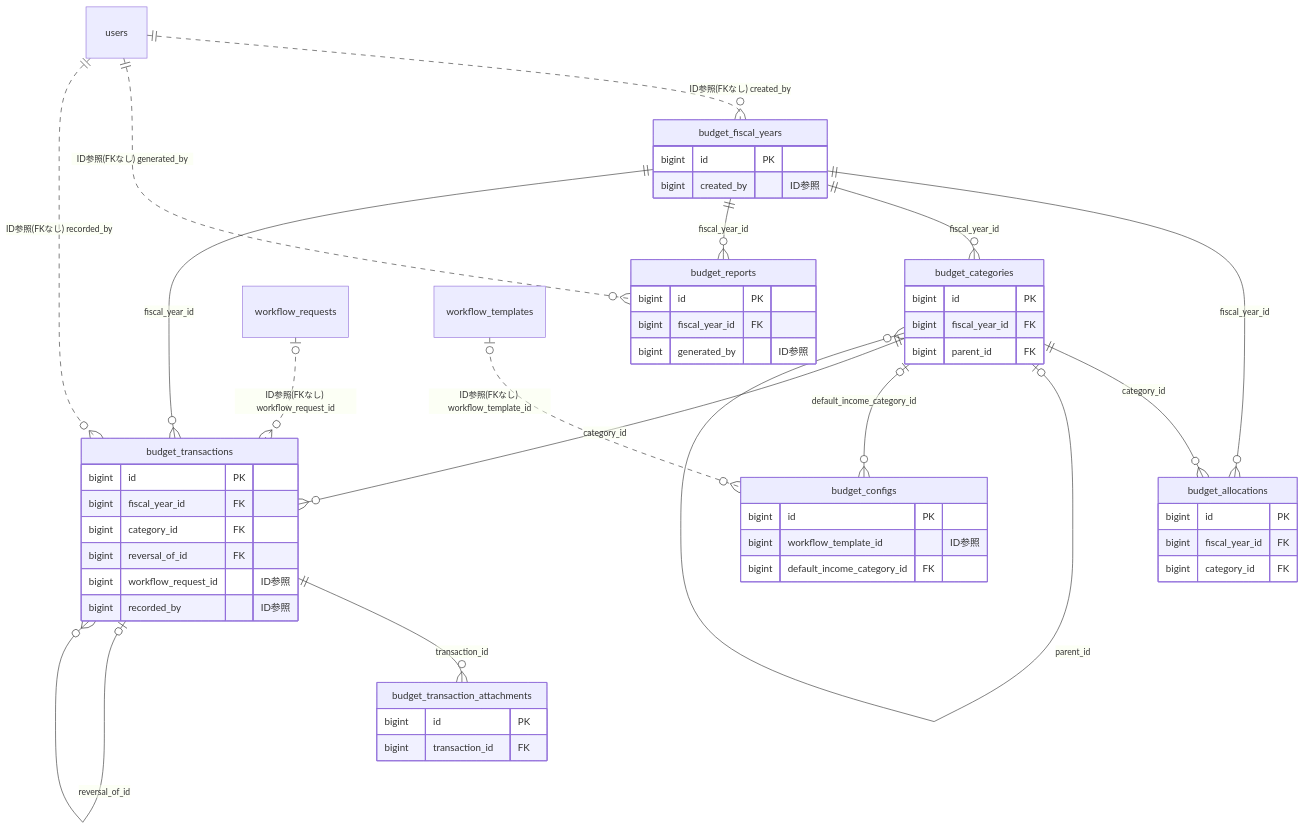
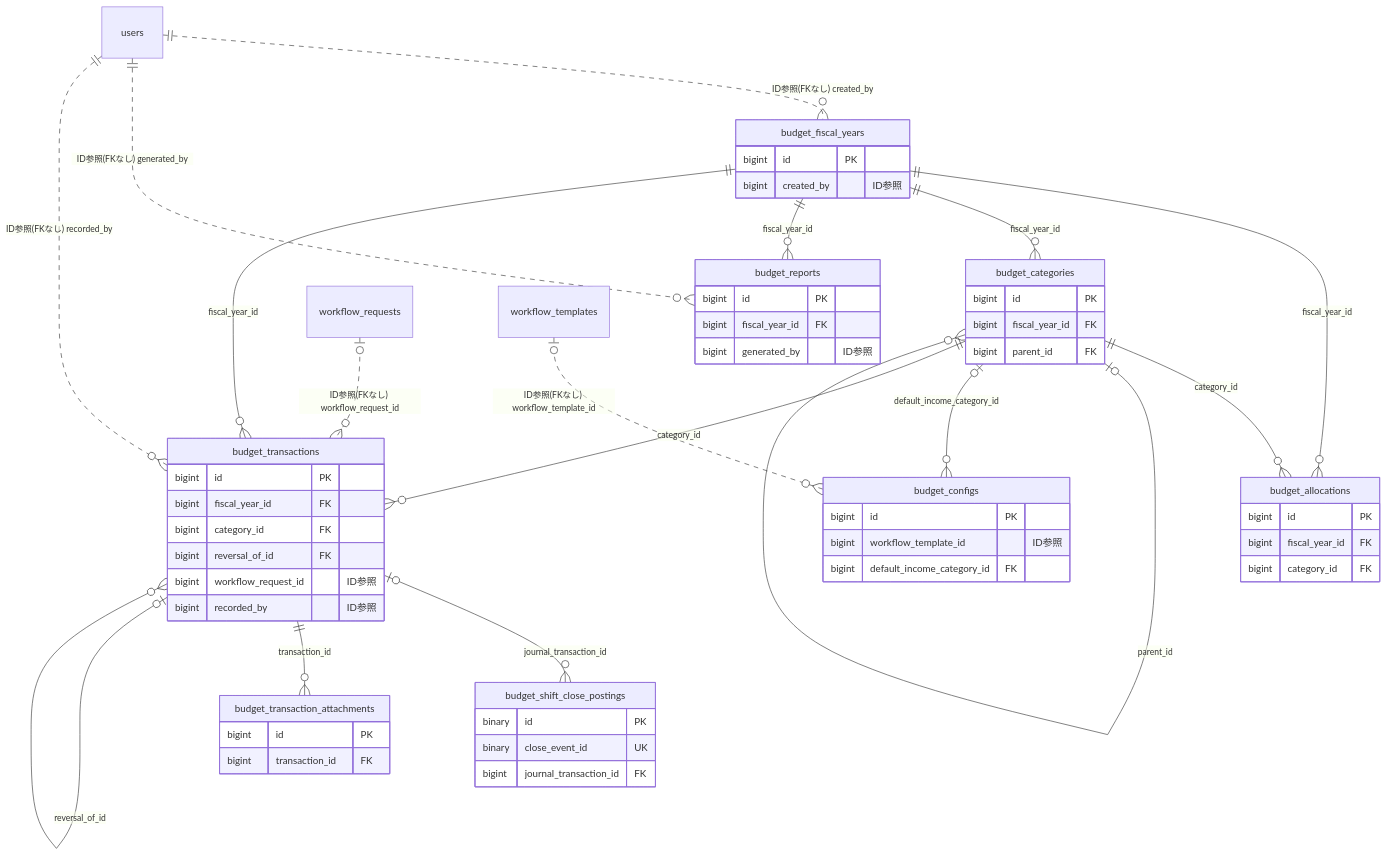
One commit to Mannschaft2026/mannschaft changed the diagram in docs/architecture/er/budget.md. Above: the diagram before and after it, drawn with Mermaid. The commit also changed other lines of this file and 6 other files, not shown here.

Commit message:
文書: ER 図・openapi.json・生成型を再生成（CMP-260909-2152 α）

````diff
--- a/docs/architecture/er/budget.md
+++ b/docs/architecture/er/budget.md
@@ -12,57 +12,63 @@
 ```mermaid
 erDiagram
     budget_allocations {
         bigint id PK
         bigint fiscal_year_id FK
         bigint category_id FK
     }
     budget_categories {
         bigint id PK
         bigint fiscal_year_id FK
         bigint parent_id FK
     }
     budget_configs {
         bigint id PK
         bigint workflow_template_id "ID参照"
         bigint default_income_category_id FK
     }
     budget_fiscal_years {
         bigint id PK
         bigint created_by "ID参照"
     }
     budget_reports {
         bigint id PK
         bigint fiscal_year_id FK
         bigint generated_by "ID参照"
     }
+    budget_shift_close_postings {
+        binary id PK
+        binary close_event_id UK
+        bigint journal_transaction_id FK
+    }
     budget_transaction_attachments {
         bigint id PK
         bigint transaction_id FK
     }
     budget_transactions {
         bigint id PK
         bigint fiscal_year_id FK
         bigint category_id FK
         bigint reversal_of_id FK
         bigint workflow_request_id "ID参照"
         bigint recorded_by "ID参照"
     }
     users
     workflow_requests
     workflow_templates
     budget_categories ||--o{ budget_allocations : "category_id"
     budget_fiscal_years ||--o{ budget_allocations : "fiscal_year_id"
     budget_categories |o--o{ budget_categories : "parent_id"
     budget_fiscal_years ||--o{ budget_categories : "fiscal_year_id"
     budget_categories |o--o{ budget_configs : "default_income_category_id"
     workflow_templates |o..o{ budget_configs : "ID参照(FKなし) workflow_template_id"
     users ||..o{ budget_fiscal_years : "ID参照(FKなし) created_by"
     budget_fiscal_years ||--o{ budget_reports : "fiscal_year_id"
     users ||..o{ budget_reports : "ID参照(FKなし) generated_by"
+    budget_transactions |o--o{ budget_shift_close_postings : "journal_transaction_id"
     budget_transactions ||--o{ budget_transaction_attachments : "transaction_id"
     budget_categories ||--o{ budget_transactions : "category_id"
     budget_fiscal_years ||--o{ budget_transactions : "fiscal_year_id"
     budget_transactions |o--o{ budget_transactions : "reversal_of_id"
     users ||..o{ budget_transactions : "ID参照(FKなし) recorded_by"
     workflow_requests |o..o{ budget_transactions : "ID参照(FKなし) workflow_request_id"
 ```
````
